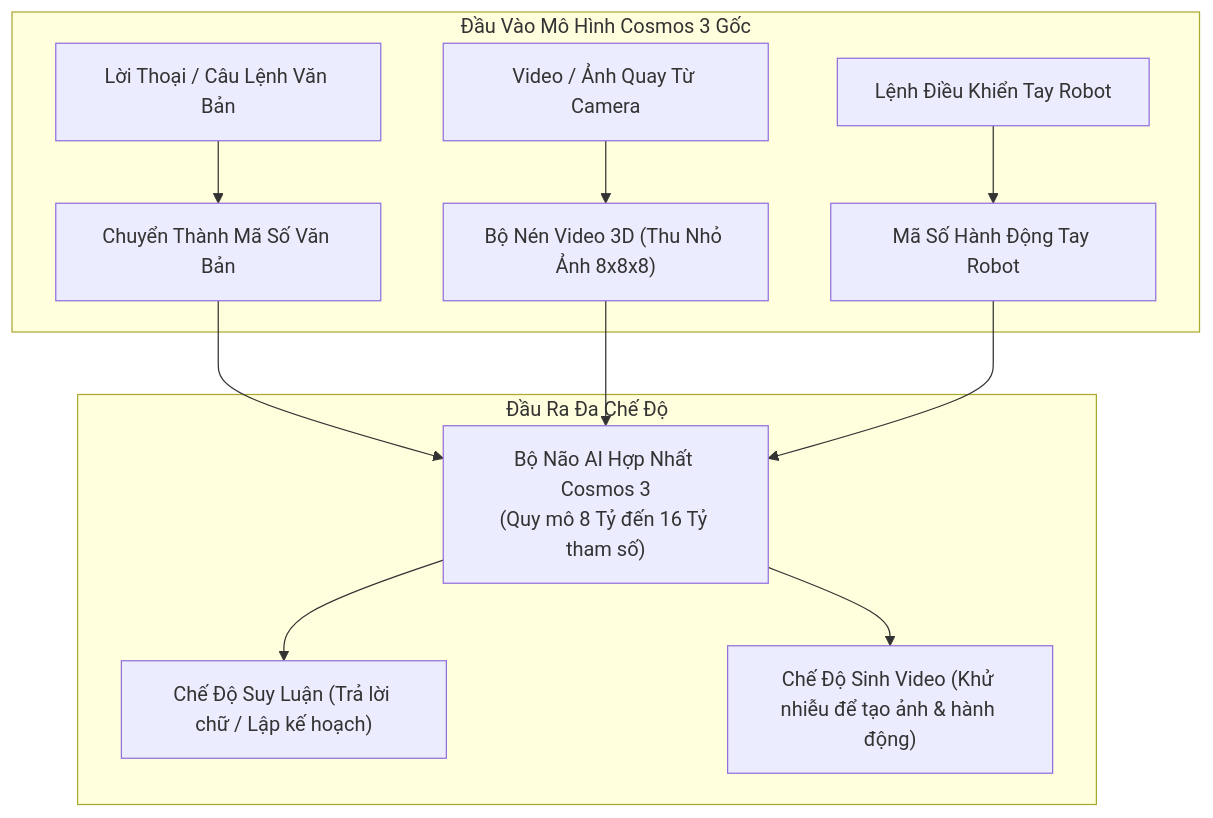
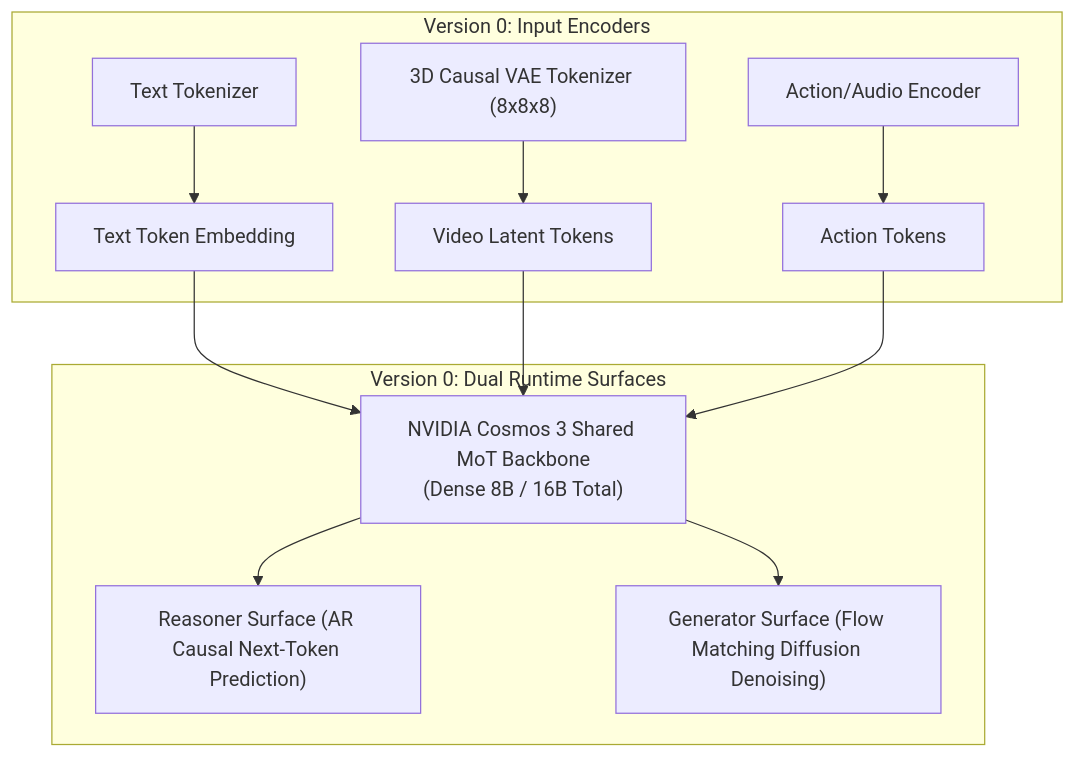
Before and after one commit to datascience180806/mini_cosmos: the first of 8 diagrams in VERSION_COMPARISON.md, drawn with Mermaid. The commit also changed other lines of this file, not shown here.

Commit message:
Restore standard English AI/DL terms (Attention Layer, Embedding Layer, Transformer Block, SwiGLU FFN, RMSNorm, VRAM, Latency, Throughput) in report

````diff
--- a/VERSION_COMPARISON.md
+++ b/VERSION_COMPARISON.md
@@ -54,17 +54,17 @@
 ```mermaid
 flowchart TD
-    subgraph V0_INPUTS["Đầu Vào Mô Hình Cosmos 3 Gốc"]
-        V0_TEXT["Lời Thoại / Câu Lệnh Văn Bản"] --> V0_EMB["Chuyển Thành Mã Số Văn Bản"]
-        V0_VIDEO["Video / Ảnh Quay Từ Camera"] --> V0_LATENT["Bộ Nén Video 3D (Thu Nhỏ Ảnh 8x8x8)"]
-        V0_ACT["Lệnh Điều Khiển Tay Robot"] --> V0_ACT_TOK["Mã Số Hành Động Tay Robot"]
+    subgraph V0_INPUTS["Version 0: Input Encoders"]
+        V0_TEXT["Text Tokenizer"] --> V0_EMB["Text Token Embedding"]
+        V0_VIDEO["3D Causal VAE Tokenizer (8x8x8)"] --> V0_LATENT["Video Latent Tokens"]
+        V0_ACT["Action/Audio Encoder"] --> V0_ACT_TOK["Action Tokens"]
     end
 
-    V0_EMB --> V0_MOT["Bộ Não AI Hợp Nhất Cosmos 3\n(Quy mô 8 Tỷ đến 16 Tỷ tham số)"]
+    V0_EMB --> V0_MOT["NVIDIA Cosmos 3 Shared MoT Backbone\n(Dense 8B / 16B Total)"]
     V0_LATENT --> V0_MOT
     V0_ACT_TOK --> V0_MOT
 
-    subgraph V0_SURFACES["Đầu Ra Đa Chế Độ"]
-        V0_MOT --> V0_REASONER["Chế Độ Suy Luận (Trả lời chữ / Lập kế hoạch)"]
-        V0_MOT --> V0_GENERATOR["Chế Độ Sinh Video (Khử nhiễu để tạo ảnh & hành động)"]
+    subgraph V0_SURFACES["Version 0: Dual Runtime Surfaces"]
+        V0_MOT --> V0_REASONER["Reasoner Surface (AR Causal Next-Token Prediction)"]
+        V0_MOT --> V0_GENERATOR["Generator Surface (Flow Matching Diffusion Denoising)"]
     end
 ```
````
